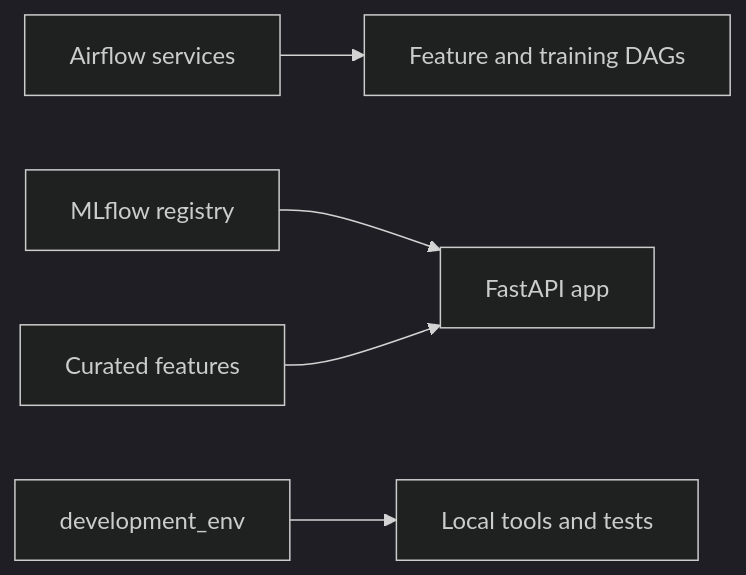
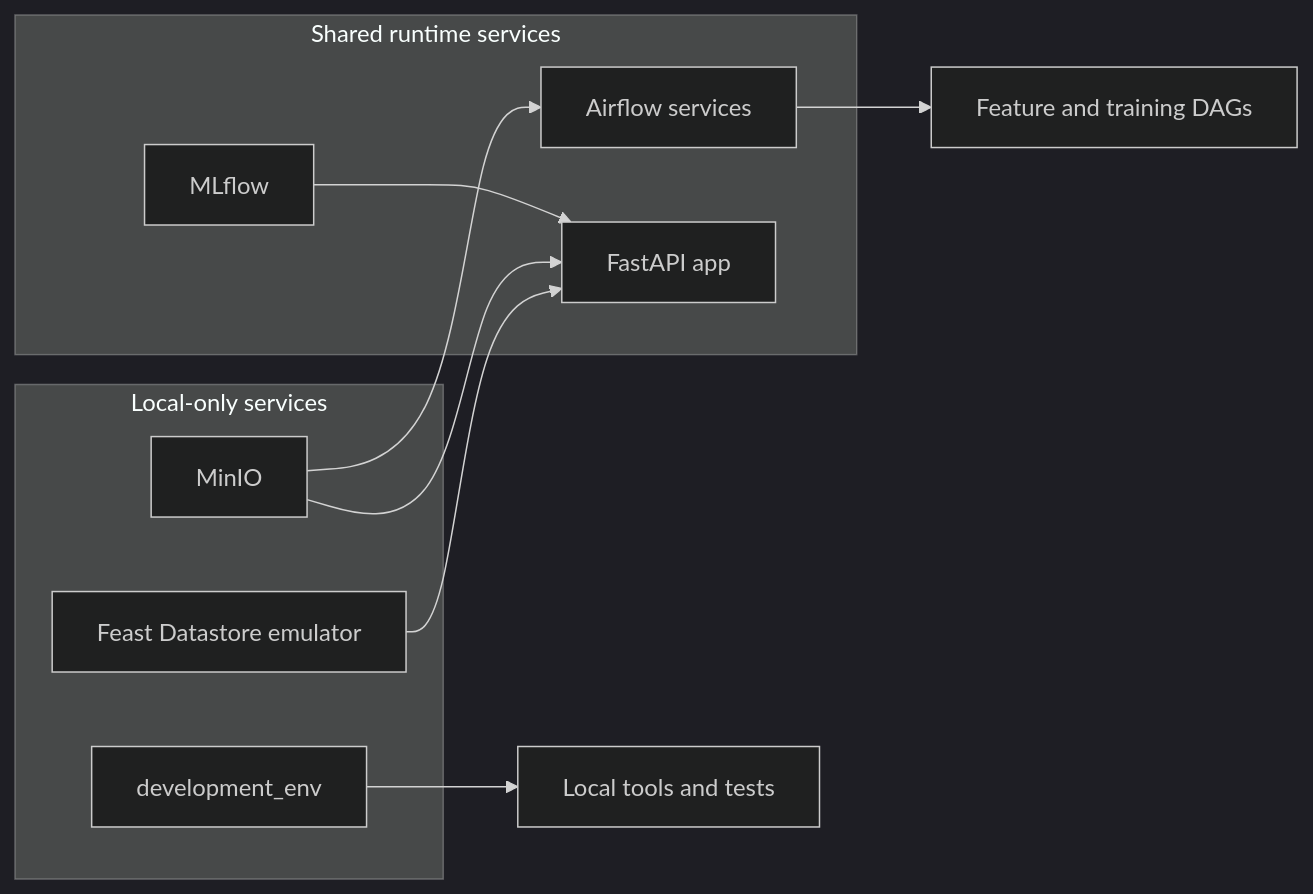
The diagram in containers/README.md (javihslu/foehncast), drawn with Mermaid (dark theme) before and after one commit. The commit also changed other lines of this file and 64 other files, not shown here.

````diff
--- a/containers/README.md
+++ b/containers/README.md
@@ -7,7 +7,19 @@
 ```mermaid
 flowchart LR
-	Airflow[Airflow services] --> Feature[Feature and training DAGs]
-	MLflow[MLflow registry] --> API[FastAPI app]
-	Features[Curated features] --> API
-	Dev[development_env] --> Tests[Local tools and tests]
+	subgraph Shared[Shared runtime services]
+		Airflow[Airflow services]
+		MLflow[MLflow]
+		API[FastAPI app]
+	end
+	subgraph LocalOnly[Local-only services]
+		Dev[development_env]
+		Objectstore[MinIO]
+		Emulator[Feast Datastore emulator]
+	end
+	Airflow --> Feature[Feature and training DAGs]
+	MLflow --> API
+	Objectstore --> Airflow
+	Objectstore --> API
+	Emulator --> API
+	Dev --> Tests[Local tools and tests]
 ```
````
